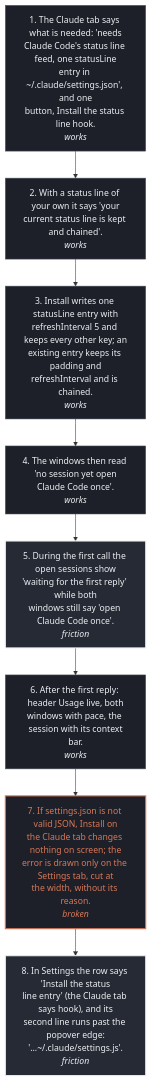
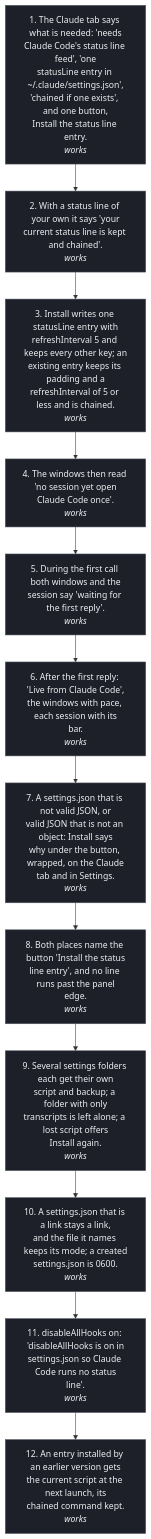
One commit to tokenpandadev/tokenpanda-app changed the diagram in design/wireframes/flows/02-set-up-the-feed.mmd. Above: the diagram before and after it, drawn with Mermaid. The commit also changed 35 other files, not shown here.

```diff
--- a/design/wireframes/flows/02-set-up-the-feed.mmd
+++ b/design/wireframes/flows/02-set-up-the-feed.mmd
@@ -1,19 +1,28 @@
 flowchart TD
   classDef works fill:#1d2029,stroke:#555b68,color:#eceef1;
   classDef friction fill:#262a34,stroke:#eceef1,stroke-width:2px,color:#eceef1;
   classDef broken fill:#1d2029,stroke:#d77757,stroke-width:2px,color:#d77757;
-  S1["1. The Claude tab says what is needed: 'needs<br/>Claude Code's status line feed, one statusLine<br/>entry in ~/.claude/settings.json', and one<br/>button, Install the status line hook.<br/><i>works</i>"]:::works
+  classDef byhand fill:#1d2029,stroke:#eceef1,stroke-width:1px,stroke-dasharray:4 3,color:#eceef1;
+  S1["1. The Claude tab says what is needed: 'needs<br/>Claude Code's status line feed', 'one<br/>statusLine entry in ~/.claude/settings.json',<br/>'chained if one exists', and one button,<br/>Install the status line entry.<br/><i>works</i>"]:::works
   S2["2. With a status line of your own it says 'your<br/>current status line is kept and chained'.<br/><i>works</i>"]:::works
-  S3["3. Install writes one statusLine entry with<br/>refreshInterval 5 and keeps every other key; an<br/>existing entry keeps its padding and<br/>refreshInterval and is chained.<br/><i>works</i>"]:::works
+  S3["3. Install writes one statusLine entry with<br/>refreshInterval 5 and keeps every other key; an<br/>existing entry keeps its padding and a<br/>refreshInterval of 5 or less and is chained.<br/><i>works</i>"]:::works
   S4["4. The windows then read 'no session yet open<br/>Claude Code once'.<br/><i>works</i>"]:::works
-  S5["5. During the first call the open sessions show<br/>'waiting for the first reply' while both<br/>windows still say 'open Claude Code once'.<br/><i>friction</i>"]:::friction
-  S6["6. After the first reply: header Usage live, both<br/>windows with pace, the session with its context<br/>bar.<br/><i>works</i>"]:::works
-  S7["7. If settings.json is not valid JSON, Install on<br/>the Claude tab changes nothing on screen; the<br/>error is drawn only on the Settings tab, cut at<br/>the width, without its reason.<br/><i>broken</i>"]:::broken
-  S8["8. In Settings the row says 'Install the status<br/>line entry' (the Claude tab says hook), and its<br/>second line runs past the popover edge:<br/>'...~/.claude/settings.js'.<br/><i>friction</i>"]:::friction
+  S5["5. During the first call both windows and the<br/>session say 'waiting for the first reply'.<br/><i>works</i>"]:::works
+  S6["6. After the first reply: 'Live from Claude Code',<br/>the windows with pace, each session with its<br/>bar.<br/><i>works</i>"]:::works
+  S7["7. A settings.json that is not valid JSON, or<br/>valid JSON that is not an object: Install says<br/>why under the button, wrapped, on the Claude<br/>tab and in Settings.<br/><i>works</i>"]:::works
+  S8["8. Both places name the button 'Install the status<br/>line entry', and no line runs past the panel<br/>edge.<br/><i>works</i>"]:::works
+  S9["9. Several settings folders each get their own<br/>script and backup; a folder with only<br/>transcripts is left alone; a lost script offers<br/>Install again.<br/><i>works</i>"]:::works
+  S10["10. A settings.json that is a link stays a link,<br/>and the file it names keeps its mode; a created<br/>settings.json is 0600.<br/><i>works</i>"]:::works
+  S11["11. disableAllHooks on: 'disableAllHooks is on in<br/>settings.json so Claude Code runs no status<br/>line'.<br/><i>works</i>"]:::works
+  S12["12. An entry installed by an earlier version gets<br/>the current script at the next launch, its<br/>chained command kept.<br/><i>works</i>"]:::works
   S1 --> S2
   S2 --> S3
   S3 --> S4
   S4 --> S5
   S5 --> S6
   S6 --> S7
   S7 --> S8
+  S8 --> S9
+  S9 --> S10
+  S10 --> S11
+  S11 --> S12
```
